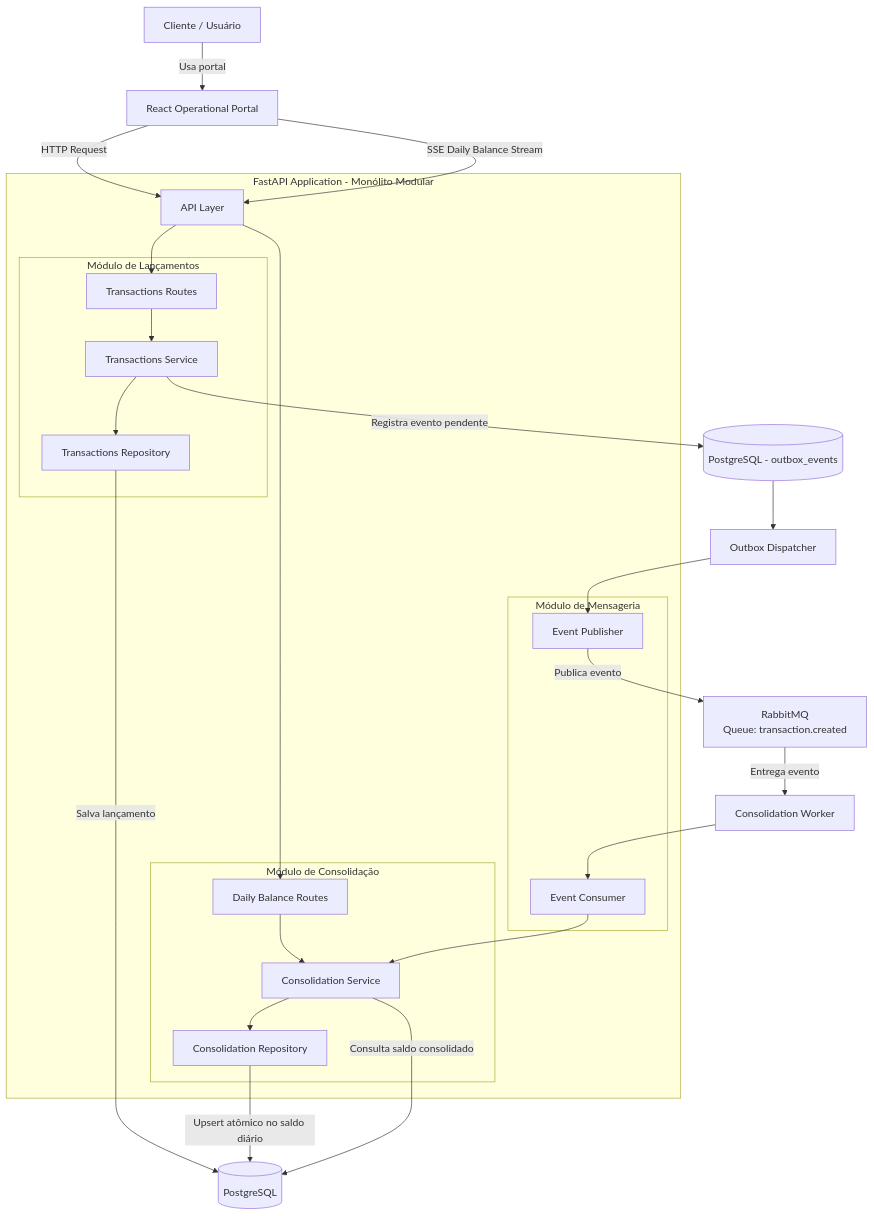
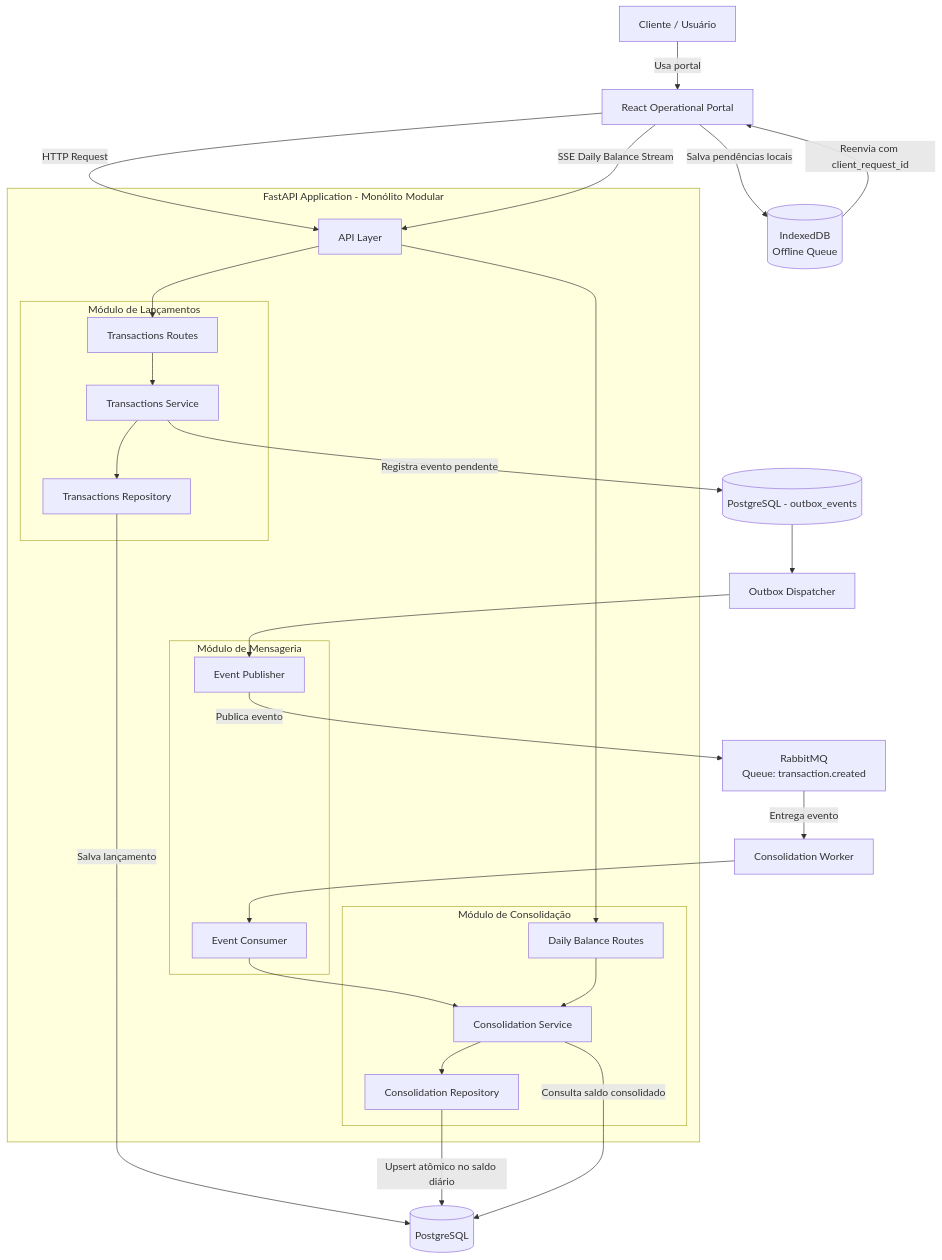
One commit to evosoftwares/cashflow-challenge-Gabriel changed the second of 10 diagrams in docs/architecture.md. Above: the diagram before and after it, drawn with Mermaid. The commit also changed other lines of this file and 21 other files, not shown here.

Commit message:
Add offline transaction queue

````diff
--- a/docs/architecture.md
+++ b/docs/architecture.md
@@ -35,46 +37,49 @@
 ```mermaid
 flowchart TD
     CLIENT[Cliente / Usuário]
     UI[React Operational Portal]
+    IDB[(IndexedDB<br/>Offline Queue)]
     subgraph APP[FastAPI Application - Monólito Modular]
         API[API Layer]
         subgraph TRANSACTIONS[Módulo de Lançamentos]
             TRoutes[Transactions Routes]
             TService[Transactions Service]
             TRepo[Transactions Repository]
         end
         subgraph CONSOLIDATION[Módulo de Consolidação]
             CRoutes[Daily Balance Routes]
             CService[Consolidation Service]
             CRepo[Consolidation Repository]
         end
         subgraph MESSAGING[Módulo de Mensageria]
             Publisher[Event Publisher]
             Consumer[Event Consumer]
         end
     end
     DB[(PostgreSQL)]
     OUTBOX[(PostgreSQL - outbox_events)]
     DISPATCHER[Outbox Dispatcher]
     MQ[RabbitMQ<br/>Queue: transaction.created]
     WORKER[Consolidation Worker]
     CLIENT -->|Usa portal| UI
+    UI -->|Salva pendências locais| IDB
+    IDB -->|Reenvia com client_request_id| UI
     UI -->|HTTP Request| API
     UI -->|SSE Daily Balance Stream| API
     API --> TRoutes
     TRoutes --> TService
     TService --> TRepo
     TRepo -->|Salva lançamento| DB
     TService -->|Registra evento pendente| OUTBOX
     OUTBOX --> DISPATCHER
     DISPATCHER --> Publisher
     Publisher -->|Publica evento| MQ
     MQ -->|Entrega evento| WORKER
     WORKER --> Consumer
     Consumer --> CService
     CService --> CRepo
     CRepo -->|Upsert atômico no saldo diário| DB
     API --> CRoutes
     CRoutes --> CService
     CService -->|Consulta saldo consolidado| DB
 ```
````
